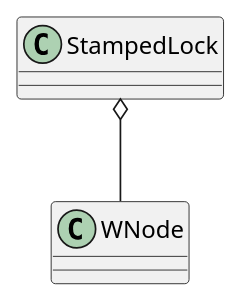
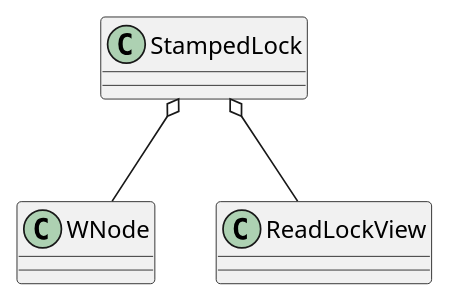
The diagram in docs/10-java/src/rt.jar.src/java/util/concurrent/locks/StampedLock.md (onlyonion/development), drawn with PlantUML before and after one commit. The commit also changed other lines of this file and 173 other files, not shown here.

````diff
--- a/docs/10-java/src/rt.jar.src/java/util/concurrent/locks/StampedLock.md
+++ b/docs/10-java/src/rt.jar.src/java/util/concurrent/locks/StampedLock.md
@@ -6,16 +21,13 @@
 ```plantuml
 @startuml
 
-
 class StampedLock {
-
 
 }
 
-class WNode
-
 
 StampedLock o-- WNode
+StampedLock o-- ReadLockView
 
 @enduml
 ```
````
